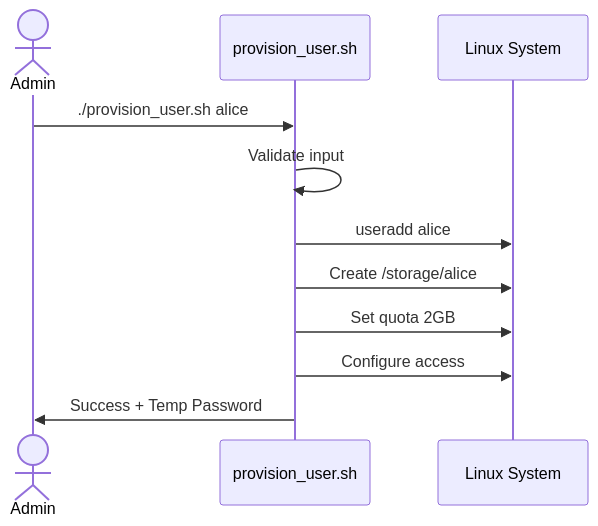
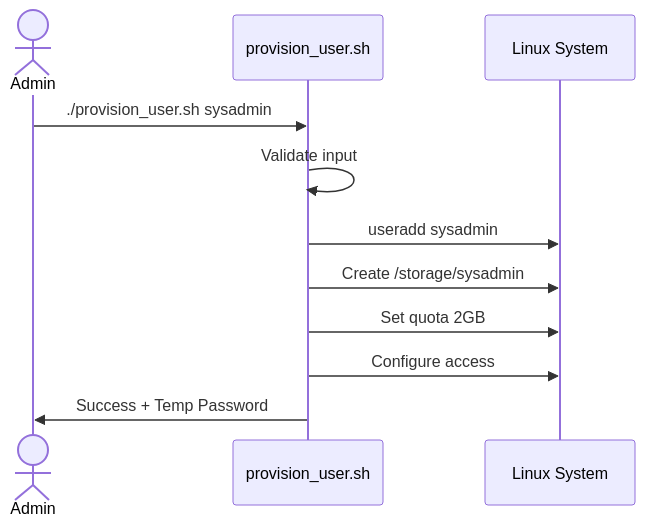
Before and after one commit to aaronwittchen/Automated-Storage-Provisioning-Tool: the first of 5 diagrams in README.md, drawn with Mermaid. The commit also changed other lines of this file and 8 other files, not shown here.

````diff
--- a/README.md
+++ b/README.md
@@ -154,14 +154,14 @@
 ```mermaid
 sequenceDiagram
     actor Admin
     participant Script as provision_user.sh
     participant System as Linux System
    
-    Admin->>Script: ./provision_user.sh alice
+    Admin->>Script: ./provision_user.sh sysadmin
     Script->>Script: Validate input
-    Script->>System: useradd alice
-    Script->>System: Create /storage/alice
+    Script->>System: useradd sysadmin
+    Script->>System: Create /storage/sysadmin
     Script->>System: Set quota 2GB
     Script->>System: Configure access
     Script->>Admin: Success + Temp Password
 ```
````
